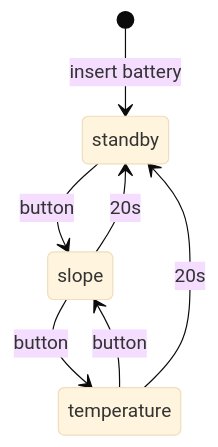
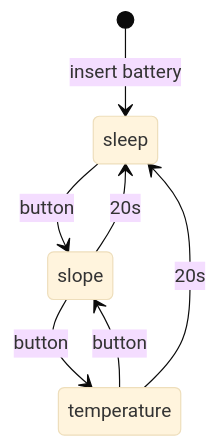
The diagram in README.md (SponringDominik/Slope-Sensor), drawn with Mermaid (base theme) before and after one commit. The commit also changed other lines of this file, not shown here.

````diff
--- a/README.md
+++ b/README.md
@@ -24,9 +28,9 @@
 ```mermaid
 stateDiagram-v2
-    [*] --> standby: insert battery
-    standby --> slope: button
+    [*] --> sleep: insert battery
+    sleep --> slope: button
     slope --> temperature: button
     temperature --> slope: button
-    temperature --> standby: 20s
-    slope --> standby: 20s
+    temperature --> sleep: 20s
+    slope --> sleep: 20s
 ```
````
